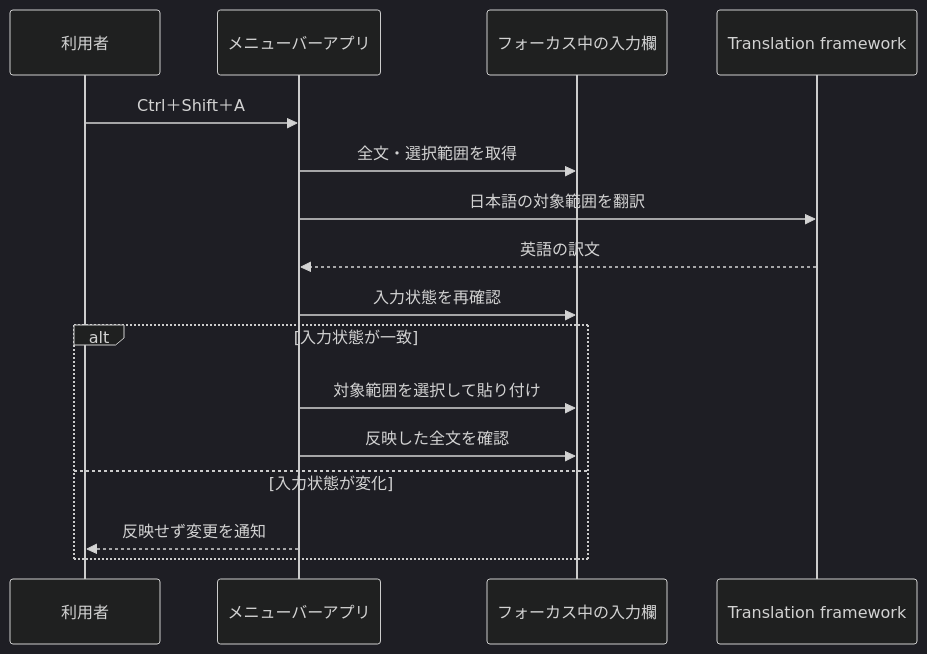
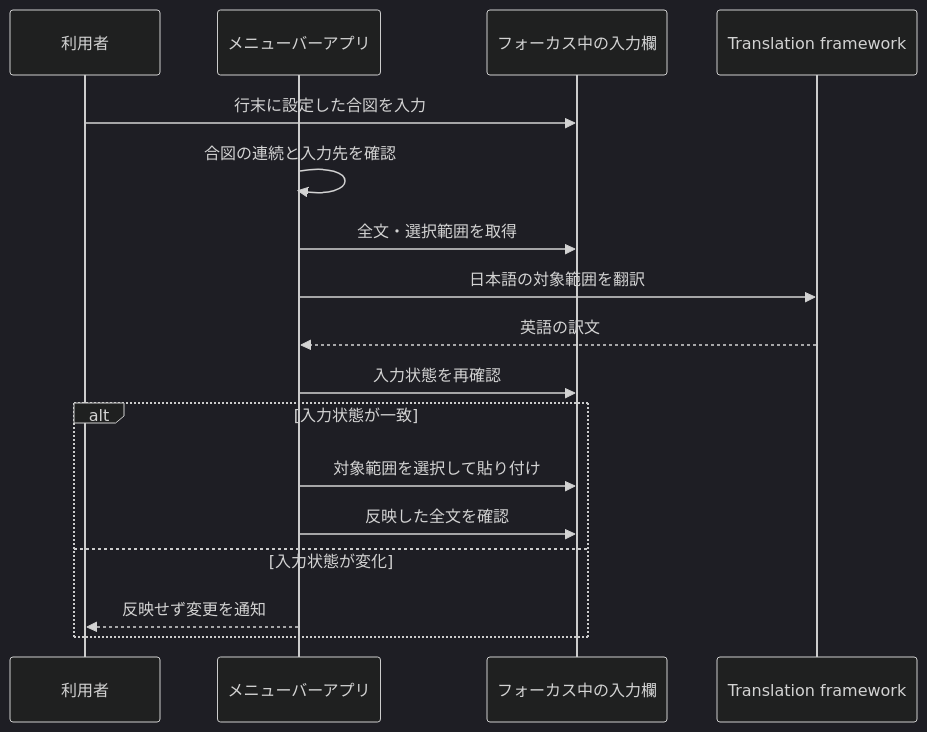
The diagram in docs/products/quick-translate-input/features/translate-input/design.md (azu/quick-input-translator), drawn with Mermaid (dark theme) before and after one commit. The commit also changed other lines of this file and 13 other files, not shown here.

````diff
--- a/docs/products/quick-translate-input/features/translate-input/design.md
+++ b/docs/products/quick-translate-input/features/translate-input/design.md
@@ -50,18 +61,19 @@
 ```mermaid
 sequenceDiagram
     participant User as 利用者
     participant App as メニューバーアプリ
     participant Input as フォーカス中の入力欄
     participant Translation as Translation framework
-    User->>App: Ctrl＋Shift＋A
+    User->>Input: 行末に設定した合図を入力
+    App->>App: 合図の連続と入力先を確認
     App->>Input: 全文・選択範囲を取得
     App->>Translation: 日本語の対象範囲を翻訳
     Translation-->>App: 英語の訳文
     App->>Input: 入力状態を再確認
     alt 入力状態が一致
         App->>Input: 対象範囲を選択して貼り付け
         App->>Input: 反映した全文を確認
     else 入力状態が変化
         App-->>User: 反映せず変更を通知
     end
 ```
````
